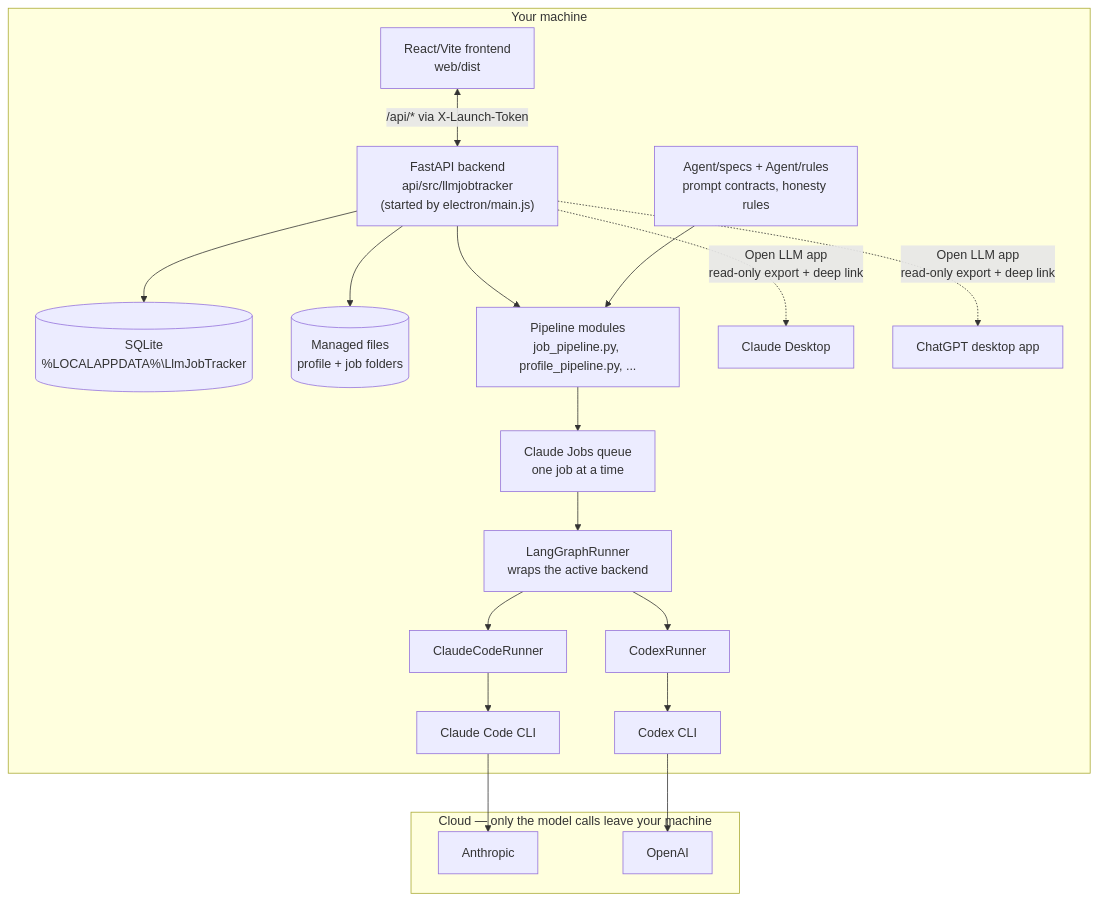
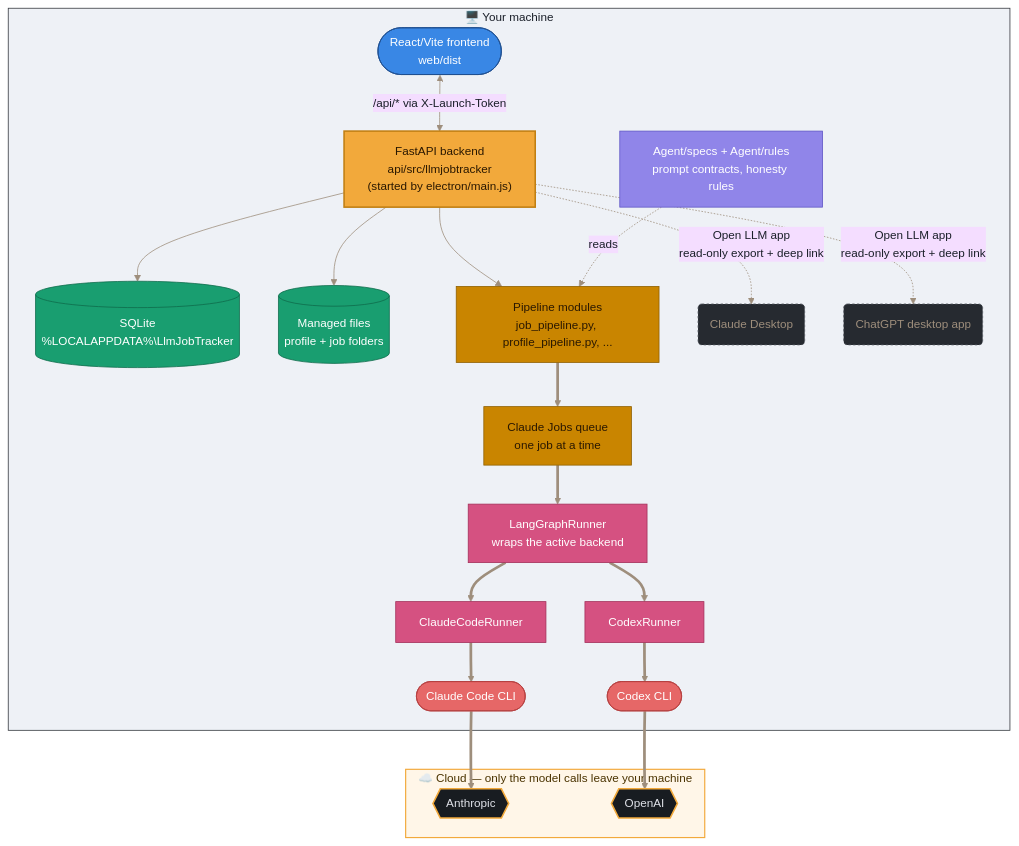
Before and after one commit to jleonor/LlmJobTracker: the diagram in README.md, drawn with Mermaid. The commit also changed other lines of this file, not shown here.

Commit message:
docs: prettify the README architecture diagram
Colors each node group by role (frontend, backend hub, storage,
prompt contracts, orchestration, runner layer, CLI, optional
integration, cloud), reusing the app's own validated chart palette
and amber accent (web/src/index.css) rather than inventing a new
one. Mixes node shapes (stadium for processes, hexagon for cloud
providers, dashed for the optional desktop-app integration) and
arrow weights (thick for the main document-generation path, dotted
for the two things off that path) to make the diagram read at a
glance instead of as one undifferentiated flow.

````diff
--- a/README.md
+++ b/README.md
@@ -48,39 +48,65 @@
 ```mermaid
+%%{init: {'theme': 'base', 'themeVariables': {'fontFamily': 'Poppins, Segoe UI, sans-serif', 'fontSize': '15px', 'lineColor': '#9e8e7c', 'primaryBorderColor': '#31353b', 'primaryTextColor': '#1a1f29'}}}%%
 flowchart TB
-    subgraph Local["Your machine"]
-        Web["React/Vite frontend<br/>web/dist"]
+    subgraph Local["🖥️ Your machine"]
+        Web(["React/Vite frontend<br/>web/dist"])
         API["FastAPI backend<br/>api/src/llmjobtracker<br/>(started by electron/main.js)"]
         DB[("SQLite<br/>%LOCALAPPDATA%\LlmJobTracker")]
         Files[("Managed files<br/>profile + job folders")]
         Specs["Agent/specs + Agent/rules<br/>prompt contracts, honesty rules"]
         Pipelines["Pipeline modules<br/>job_pipeline.py, profile_pipeline.py, ..."]
         Queue["Claude Jobs queue<br/>one job at a time"]
         LG["LangGraphRunner<br/>wraps the active backend"]
         CCR["ClaudeCodeRunner"]
         CXR["CodexRunner"]
-        CCLI["Claude Code CLI"]
-        CXLI["Codex CLI"]
+        CCLI(["Claude Code CLI"])
+        CXLI(["Codex CLI"])
+        ClaudeDesktop("Claude Desktop")
+        ChatGPTDesktop("ChatGPT desktop app")
 
         Web <-->|"/api/* via X-Launch-Token"| API
         API --> DB
         API --> Files
         API --> Pipelines
-        Specs --> Pipelines
-        Pipelines --> Queue
-        Queue --> LG
-        LG --> CCR
-        LG --> CXR
-        CCR --> CCLI
-        CXR --> CXLI
-        API -.->|"Open LLM app<br/>read-only export + deep link"| ClaudeDesktop["Claude Desktop"]
-        API -.->|"Open LLM app<br/>read-only export + deep link"| ChatGPTDesktop["ChatGPT desktop app"]
+        Specs -.->|reads| Pipelines
+        Pipelines ==> Queue
+        Queue ==> LG
+        LG ==> CCR
+        LG ==> CXR
+        CCR ==> CCLI
+        CXR ==> CXLI
+        API -.->|"Open LLM app<br/>read-only export + deep link"| ClaudeDesktop
+        API -.->|"Open LLM app<br/>read-only export + deep link"| ChatGPTDesktop
     end
 
-    subgraph Cloud["Cloud — only the model calls leave your machine"]
-        Anthropic["Anthropic"]
-        OpenAI["OpenAI"]
+    subgraph Cloud["☁️ Cloud — only the model calls leave your machine"]
+        Anthropic{{"Anthropic"}}
+        OpenAI{{"OpenAI"}}
     end
 
-    CCLI --> Anthropic
-    CXLI --> OpenAI
+    CCLI ==> Anthropic
+    CXLI ==> OpenAI
+
+    classDef frontend fill:#3987e5,stroke:#1d4e8f,color:#ffffff,stroke-width:1px
+    classDef hub fill:#f2a93b,stroke:#c17f12,color:#2a1800,stroke-width:2px
+    classDef storage fill:#199e70,stroke:#0f6b4b,color:#ffffff,stroke-width:1px
+    classDef knowledge fill:#9085e9,stroke:#5f55c4,color:#ffffff,stroke-width:1px
+    classDef orchestration fill:#c98500,stroke:#8f5f00,color:#2a1800,stroke-width:1px
+    classDef runner fill:#d55181,stroke:#a3305a,color:#ffffff,stroke-width:1px
+    classDef cli fill:#e66767,stroke:#b53f3f,color:#ffffff,stroke-width:1px
+    classDef optional fill:#262a30,stroke:#565b63,color:#9e8e7c,stroke-width:1px,stroke-dasharray:3 3
+    classDef cloud fill:#181c21,stroke:#f2a93b,color:#e0e2e9,stroke-width:2px
+
+    class Web frontend
+    class API hub
+    class DB,Files storage
+    class Specs knowledge
+    class Pipelines,Queue orchestration
+    class LG,CCR,CXR runner
+    class CCLI,CXLI cli
+    class ClaudeDesktop,ChatGPTDesktop optional
+    class Anthropic,OpenAI cloud
+
+    style Local fill:#eef1f6,stroke:#31353b,color:#1a1f29,stroke-width:1px
+    style Cloud fill:#fff6e8,stroke:#f2a93b,stroke-width:1.5px,color:#4a3300
 ```
````
